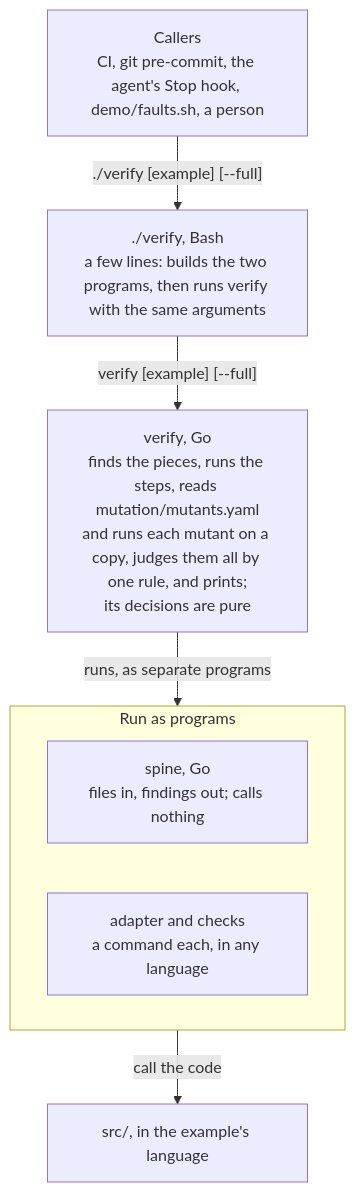
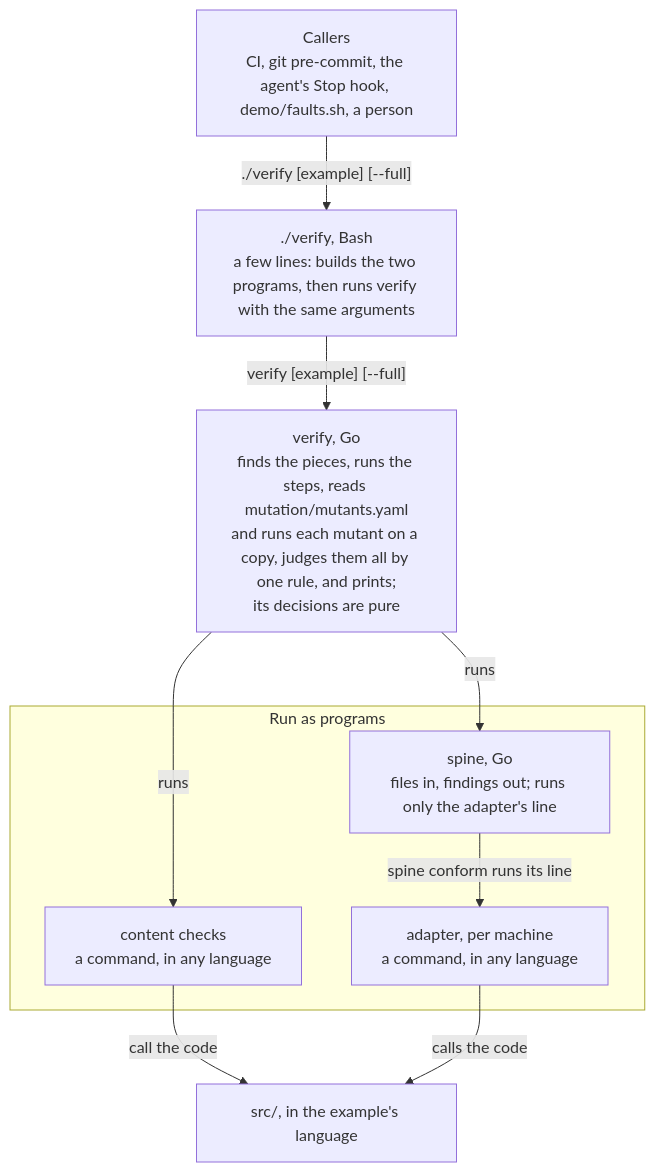
The diagram in docs/adr/0007-no-language-built-in.md (23min/verifier-kit), drawn with Mermaid before and after one commit. The commit also changed other lines of this file, not shown here.

Commit message:
docs(adr): say that spine runs the adapter's line, so ADR 0007 no longer contradicts its own decision 4
Decision 3 and the diagram said spine "calls nothing", while decision 4
says spine conform --adapter-cmd runs the adapter's line, as the code
does (tools/internal/spine/conform.go). The diagram now draws verify
running spine and the content checks, and spine running the adapter.

The contract's "tools call nothing" (docs/reference/tool-contract.md)
changes with the contract change of #61's step 5.

Refs #61

````diff
--- a/docs/adr/0007-no-language-built-in.md
+++ b/docs/adr/0007-no-language-built-in.md
@@ -77,15 +78,19 @@
 ```mermaid
 flowchart TD
   callers["Callers<br/>CI, git pre-commit, the agent's Stop hook, demo/faults.sh, a person"]
   entry["./verify, Bash<br/>a few lines: builds the two programs, then runs verify with the same arguments"]
   verify["verify, Go<br/>finds the pieces, runs the steps, reads mutation/mutants.yaml<br/>and runs each mutant on a copy, judges them all by one rule, and prints;<br/>its decisions are pure"]
   subgraph programs["Run as programs"]
-    spine["spine, Go<br/>files in, findings out; calls nothing"]
-    pieces["adapter and checks<br/>a command each, in any language"]
+    spine["spine, Go<br/>files in, findings out; runs only the adapter's line"]
+    checks["content checks<br/>a command, in any language"]
+    adapter["adapter, per machine<br/>a command, in any language"]
   end
   code["src/, in the example's language"]
   callers -->|"./verify [example] [--full]"| entry
   entry -->|"verify [example] [--full]"| verify
-  verify -->|"runs, as separate programs"| programs
-  programs -->|"call the code"| code
+  verify -->|"runs"| spine
+  verify -->|"runs"| checks
+  spine -->|"spine conform runs its line"| adapter
+  checks -->|"call the code"| code
+  adapter -->|"calls the code"| code
 ```
````
